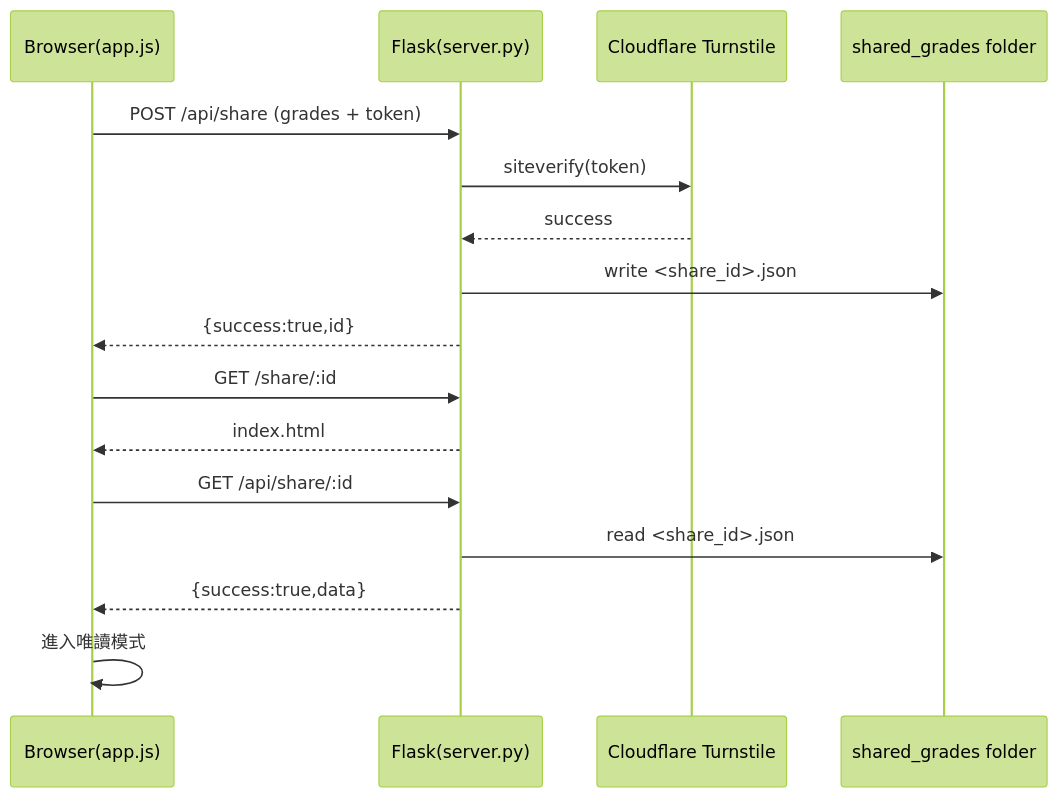
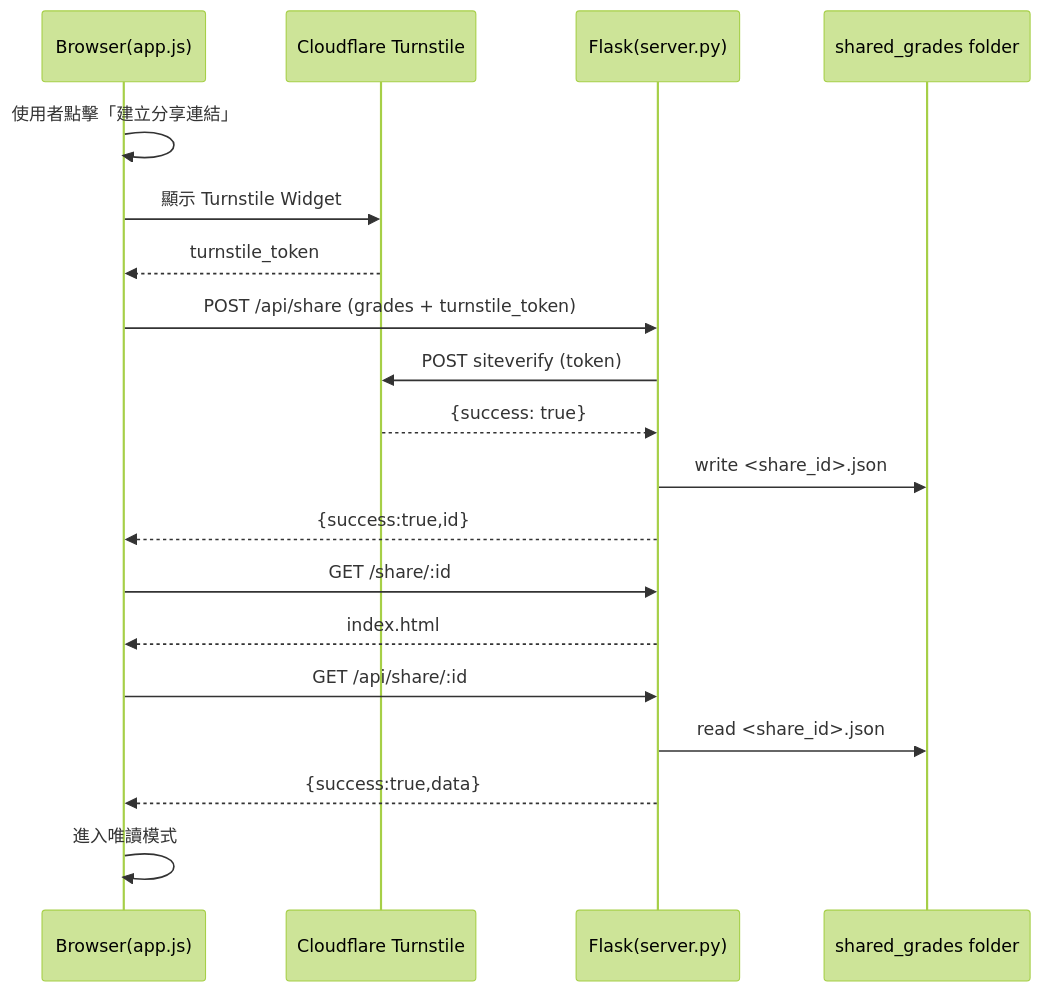
The fourth of 4 diagrams in docs/ARCHITECTURE.md (alvin000009238/grades), drawn with Mermaid (forest theme) before and after one commit. The commit also changed other lines of this file and 9 other files, not shown here.

Commit message:
feat: 加入 Cloudflare Turnstile 人機驗證（登入/分享）

````diff
--- a/docs/ARCHITECTURE.md
+++ b/docs/ARCHITECTURE.md
@@ -252,20 +251,23 @@
 ```mermaid
 sequenceDiagram
     participant Browser as Browser(app.js)
+    participant CF as Cloudflare Turnstile
     participant Server as Flask(server.py)
-    participant Turnstile as Cloudflare Turnstile
     participant FS as shared_grades folder
 
-    Browser->>Server: POST /api/share (grades + token)
-    Server->>Turnstile: siteverify(token)
-    Turnstile-->>Server: success
+    Browser->>Browser: 使用者點擊「建立分享連結」
+    Browser->>CF: 顯示 Turnstile Widget
+    CF-->>Browser: turnstile_token
+    Browser->>Server: POST /api/share (grades + turnstile_token)
+    Server->>CF: POST siteverify (token)
+    CF-->>Server: {success: true}
     Server->>FS: write <share_id>.json
     Server-->>Browser: {success:true,id}
 
     Browser->>Server: GET /share/:id
     Server-->>Browser: index.html
     Browser->>Server: GET /api/share/:id
     Server->>FS: read <share_id>.json
     Server-->>Browser: {success:true,data}
     Browser->>Browser: 進入唯讀模式
 ```
````
